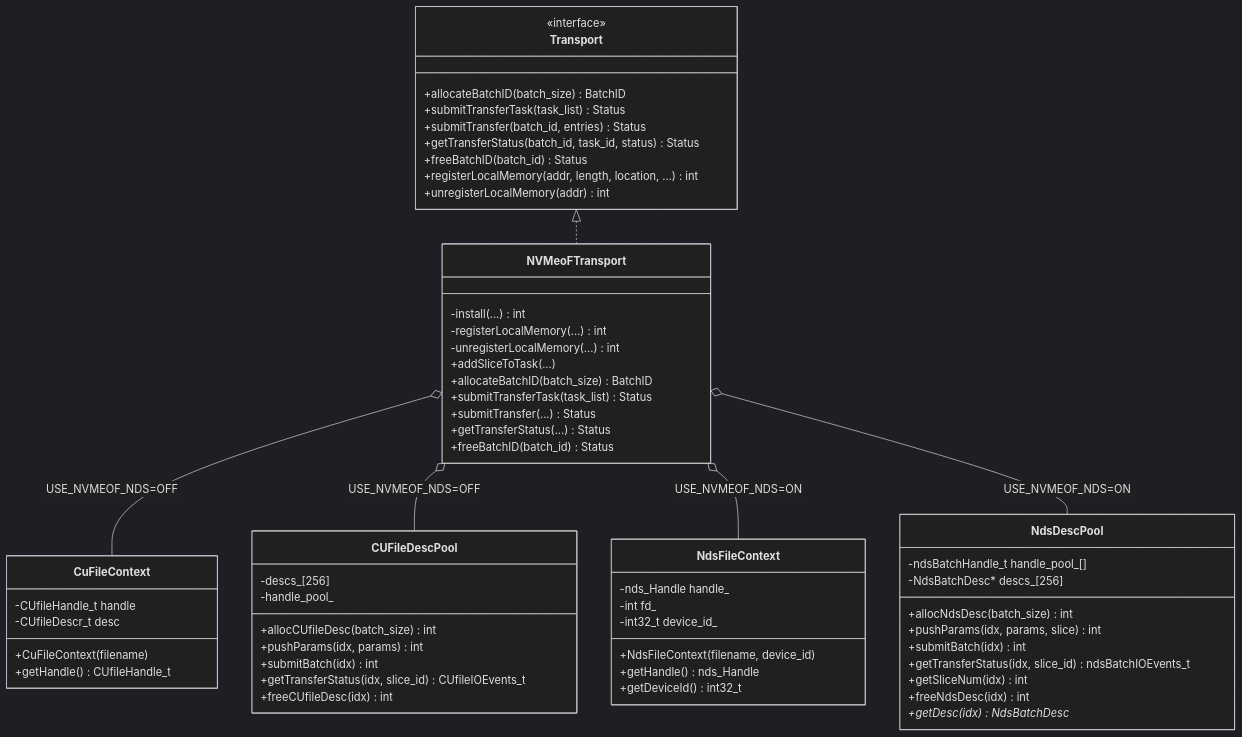
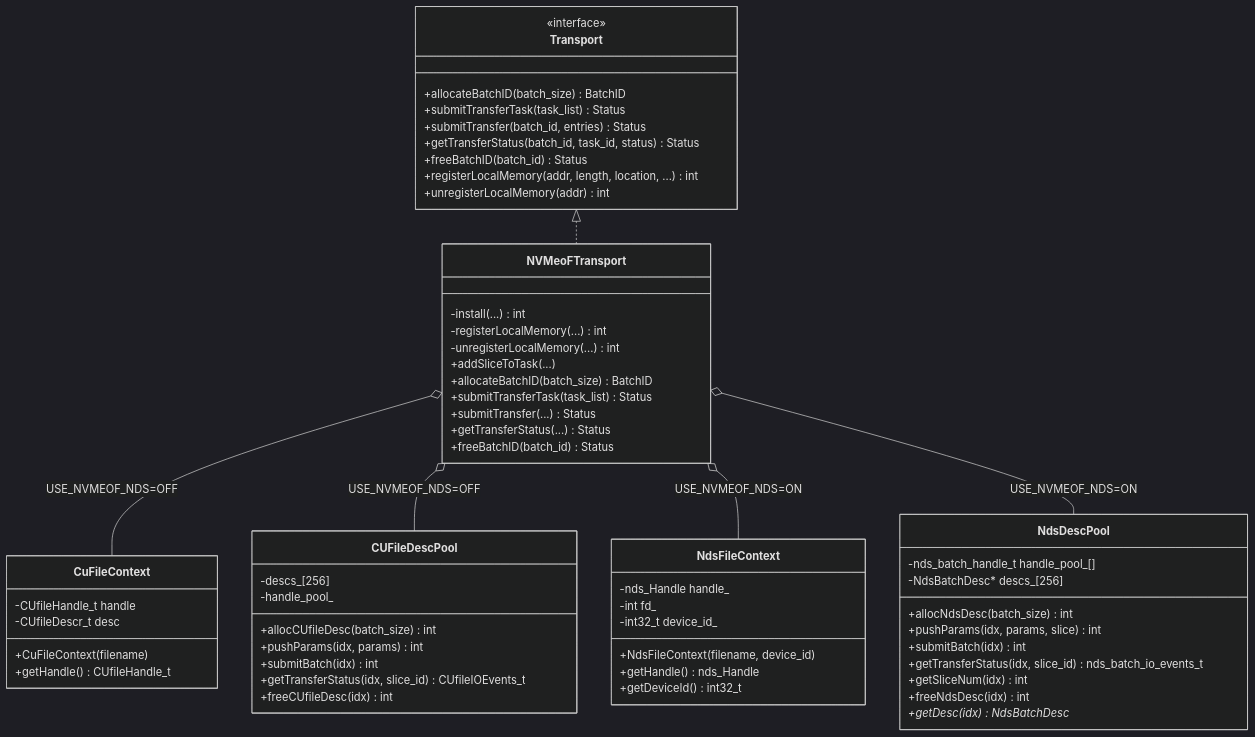
The third of 17 diagrams in docs/rfc-nds-nvmeof-transport-cn.md (yz53665/Mooncake), drawn with Mermaid (dark theme) before and after one commit. The commit also changed other lines of this file, not shown here.

````diff
--- a/docs/rfc-nds-nvmeof-transport-cn.md
+++ b/docs/rfc-nds-nvmeof-transport-cn.md
@@ -135,69 +138,69 @@
 ```mermaid
 classDiagram
     class Transport {
         <<interface>>
         +allocateBatchID(batch_size) BatchID
         +submitTransferTask(task_list) Status
         +submitTransfer(batch_id, entries) Status
         +getTransferStatus(batch_id, task_id, status) Status
         +freeBatchID(batch_id) Status
         +registerLocalMemory(addr, length, location, ...) int
         +unregisterLocalMemory(addr) int
     }
 
     class NVMeoFTransport {
         -install(...) int
         -registerLocalMemory(...) int
         -unregisterLocalMemory(...) int
         +addSliceToTask(...)
         +allocateBatchID(batch_size) BatchID
         +submitTransferTask(task_list) Status
         +submitTransfer(...) Status
         +getTransferStatus(...) Status
         +freeBatchID(batch_id) Status
     }
 
     class CuFileContext {
         -CUfileHandle_t handle
         -CUfileDescr_t desc
         +CuFileContext(filename)
         +getHandle() CUfileHandle_t
     }
 
     class CUFileDescPool {
         -descs_[256]
         -handle_pool_
         +allocCUfileDesc(batch_size) int
         +pushParams(idx, params) int
         +submitBatch(idx) int
         +getTransferStatus(idx, slice_id) CUfileIOEvents_t
         +freeCUfileDesc(idx) int
     }
 
     class NdsDescPool {
-        -ndsBatchHandle_t handle_pool_[]
+        -nds_batch_handle_t handle_pool_[]
         -NdsBatchDesc* descs_[256]
         +allocNdsDesc(batch_size) int
         +pushParams(idx, params, slice) int
         +submitBatch(idx) int
-        +getTransferStatus(idx, slice_id) ndsBatchIOEvents_t
+        +getTransferStatus(idx, slice_id) nds_batch_io_events_t
         +getSliceNum(idx) int
         +freeNdsDesc(idx) int
         +getDesc(idx) NdsBatchDesc*
     }
 
     class NdsFileContext {
         -nds_Handle handle_
         -int fd_
         -int32_t device_id_
         +NdsFileContext(filename, device_id)
         +getHandle() nds_Handle
         +getDeviceId() int32_t
     }
 
     Transport <|.. NVMeoFTransport
     NVMeoFTransport o-- CuFileContext : USE_NVMEOF_NDS=OFF
     NVMeoFTransport o-- CUFileDescPool : USE_NVMEOF_NDS=OFF
     NVMeoFTransport o-- NdsFileContext : USE_NVMEOF_NDS=ON
     NVMeoFTransport o-- NdsDescPool : USE_NVMEOF_NDS=ON
 ```
````
